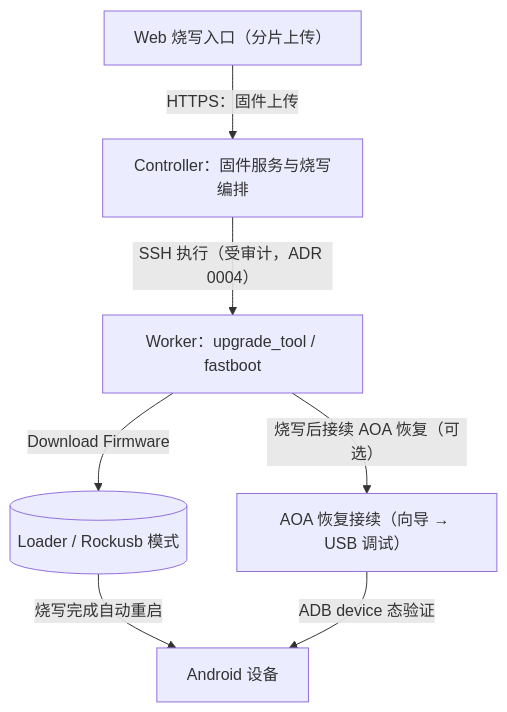
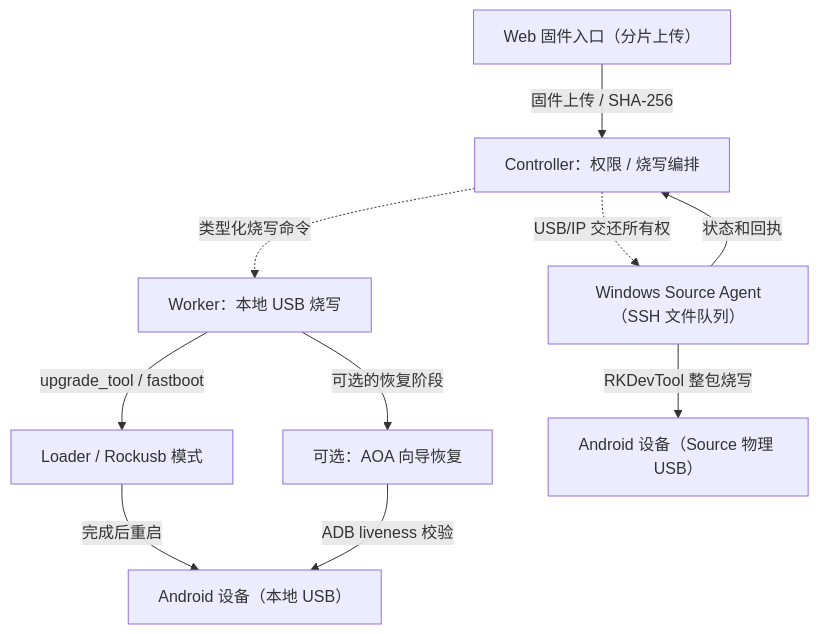
Before and after one commit to weixin1263831586/GMS_Remote_Test_Web: the diagram in docs/architecture/firmware-topology.mmd, drawn with Mermaid. The commit also changed 5 other files, not shown here.

Commit message:
docs(architecture): distinguish physical USB ownership and add canonical workflow diagrams

```diff
--- a/docs/architecture/firmware-topology.mmd
+++ b/docs/architecture/firmware-topology.mmd
@@ -1,14 +1,20 @@
+%% 本地 Worker 路径与 USB/IP Source-side Flash 必须分开；Linux Source 整包烧写 fail closed。
 flowchart TB
-    Browser["Web 烧写入口（分片上传）"]
-    Ctrl["Controller：固件服务与烧写编排"]
-    Worker["Worker：upgrade_tool / fastboot"]
-    Loader[("Loader / Rockusb 模式")]
-    Dev["Android 设备"]
-    AoaRec["AOA 恢复接续（向导 → USB 调试）"]
+    Browser["Web 固件入口（分片上传）"]
+    Ctrl["Controller：权限 / 烧写编排"]
+    Worker["Worker：本地 USB 烧写"]
+    Loader["Loader / Rockusb 模式"]
+    Dev["Android 设备（本地 USB）"]
+    AoaRec["可选：AOA 向导恢复"]
+    SourceHost["Windows Source Agent（SSH 文件队列）"]
+    SourceDev["Android 设备（Source 物理 USB）"]
 
-    Browser -->|"HTTPS：固件上传"| Ctrl
-    Ctrl -->|"SSH 执行（受审计，ADR 0004）"| Worker
-    Worker -->|"Download Firmware"| Loader
-    Loader -->|"烧写完成自动重启"| Dev
-    Worker -->|"烧写后接续 AOA 恢复（可选）"| AoaRec
-    AoaRec -->|"ADB device 态验证"| Dev
+    Browser -->|"固件上传 / SHA-256"| Ctrl
+    Ctrl -.->|"类型化烧写命令"| Worker
+    Worker -->|"upgrade_tool / fastboot"| Loader
+    Loader -->|"完成后重启"| Dev
+    Worker -->|"可选的恢复阶段"| AoaRec
+    AoaRec -->|"ADB liveness 校验"| Dev
+    Ctrl -.->|"USB/IP 交还所有权"| SourceHost
+    SourceHost -->|"RKDevTool 整包烧写"| SourceDev
+    SourceHost -->|"状态和回执"| Ctrl
```
